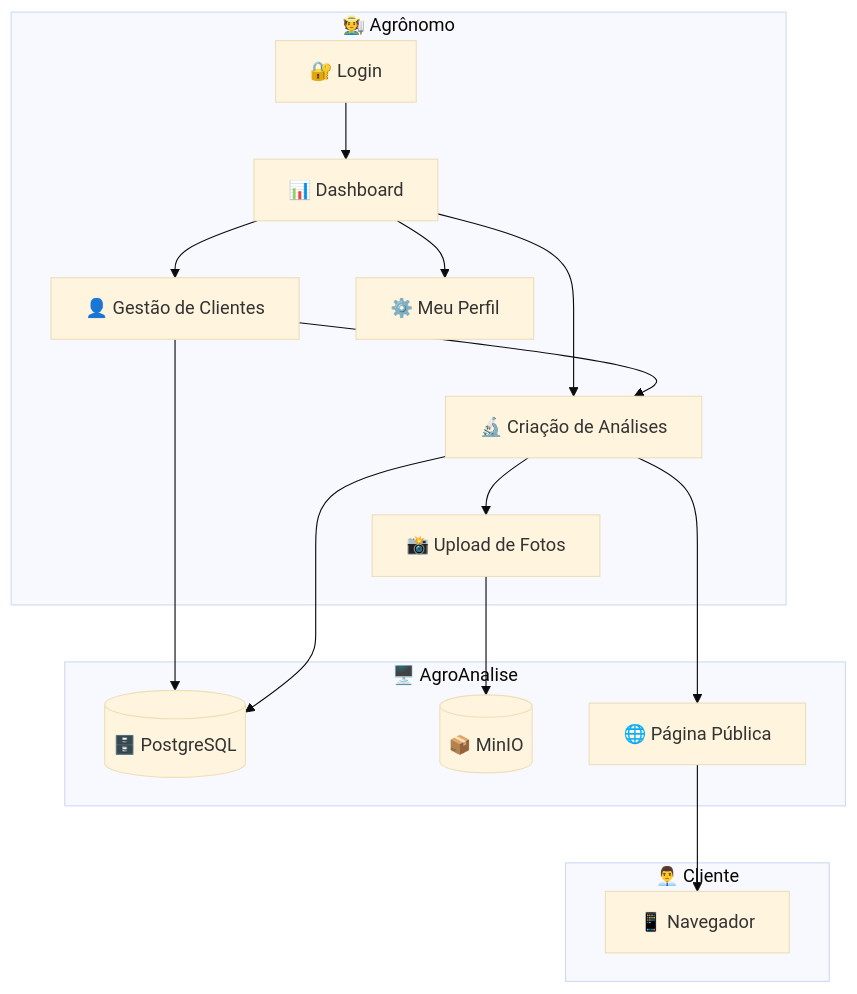
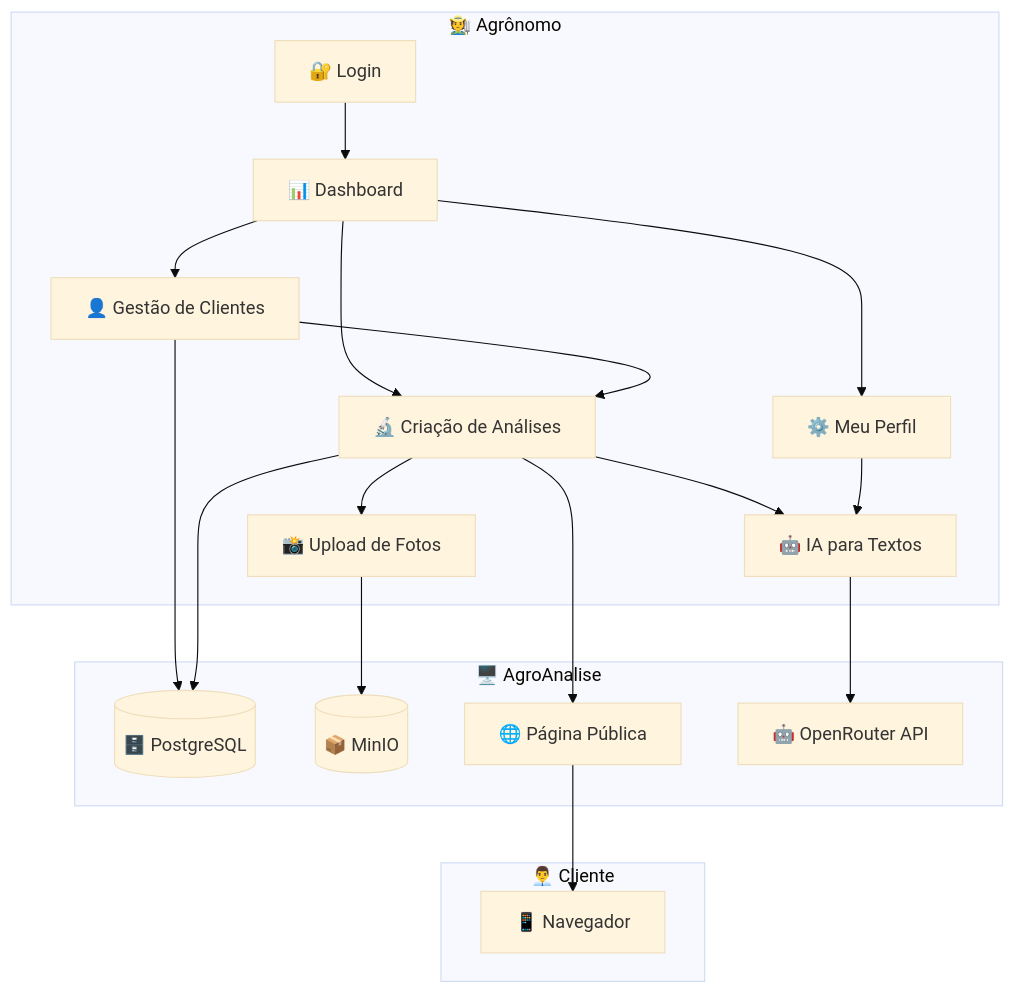
Before and after one commit to brunosmessias/agroanalise: the diagram in docs/00-visao-geral.md, drawn with Mermaid (base theme). The commit also changed other lines of this file and 6 other files, not shown here.

````diff
--- a/docs/00-visao-geral.md
+++ b/docs/00-visao-geral.md
@@ -61,33 +61,38 @@
 ```mermaid
 flowchart TB
     subgraph Agronomo["🧑‍🌾 Agrônomo"]
         Login["🔐 Login"]
         Dashboard["📊 Dashboard"]
         Clientes["👤 Gestão de Clientes"]
         Analises["🔬 Criação de Análises"]
         Upload["📸 Upload de Fotos"]
         Perfil["⚙️ Meu Perfil"]
+        IA["🤖 IA para Textos"]
     end
 
     subgraph Sistema["🖥️ AgroAnalise"]
         DB[("🗄️ PostgreSQL")]
         Storage[("📦 MinIO")]
         PublicPage["🌐 Página Pública"]
+        OpenRouter["🤖 OpenRouter API"]
     end
 
     subgraph Cliente["👨‍💼 Cliente"]
         Browser["📱 Navegador"]
     end
 
     Login --> Dashboard
     Dashboard --> Clientes
     Dashboard --> Analises
     Clientes --> Analises
     Analises --> Upload
     Upload --> Storage
+    Analises --> IA
+    IA --> OpenRouter
     Analises --> PublicPage
     PublicPage --> Browser
     Dashboard --> Perfil
+    Perfil --> IA
     Clientes --> DB
     Analises --> DB
 ```
````
